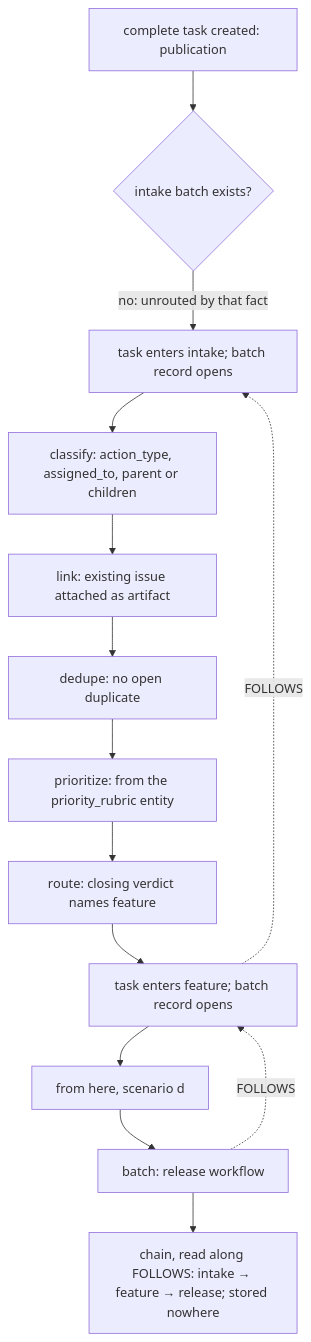
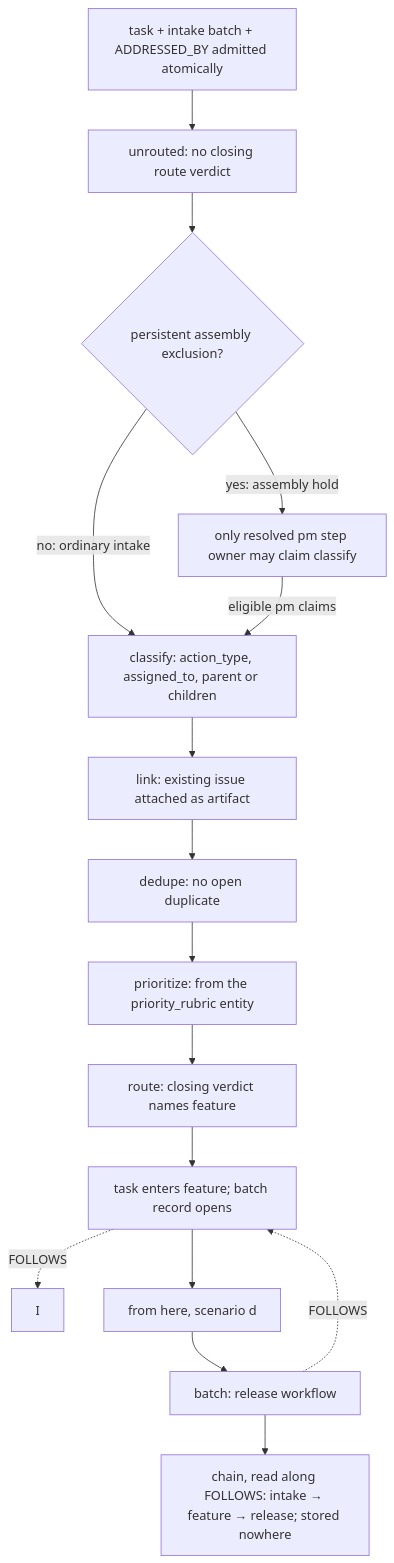
Before and after one commit to markmhendrickson/ateles: the tenth of 10 diagrams in docs/foundation/scenarios.md, drawn with Mermaid. The commit also changed 2 other files, not shown here.

Commit message:
fix(foundation): bind decision 84 claim authority

````diff
--- a/docs/foundation/scenarios.md
+++ b/docs/foundation/scenarios.md
@@ -346,16 +346,18 @@
 ```mermaid
 flowchart TD
-    C[complete task created: publication] --> U{intake batch exists?}
-    U -->|no: unrouted by that fact| I[task enters intake; batch record opens]
-    I --> S1[classify: action_type, assigned_to, parent or children]
+    C[task + intake batch + ADDRESSED_BY admitted atomically] --> U[unrouted: no closing route verdict]
+    U --> A{persistent assembly exclusion?}
+    A -->|no: ordinary intake| S1[classify: action_type, assigned_to, parent or children]
+    A -->|yes: assembly hold| H[only resolved pm step owner may claim classify]
+    H -->|eligible pm claims| S1
     S1 --> S2[link: existing issue attached as artifact]
     S2 --> S3[dedupe: no open duplicate]
     S3 --> S4[prioritize: from the priority_rubric entity]
     S4 --> S5[route: closing verdict names feature]
     S5 --> F[task enters feature; batch record opens]
     F -.->|FOLLOWS| I
     F --> D[from here, scenario d]
     D --> R[batch: release workflow]
     R -.->|FOLLOWS| F
     R --> CH[chain, read along FOLLOWS: intake → feature → release; stored nowhere]
 ```
````
